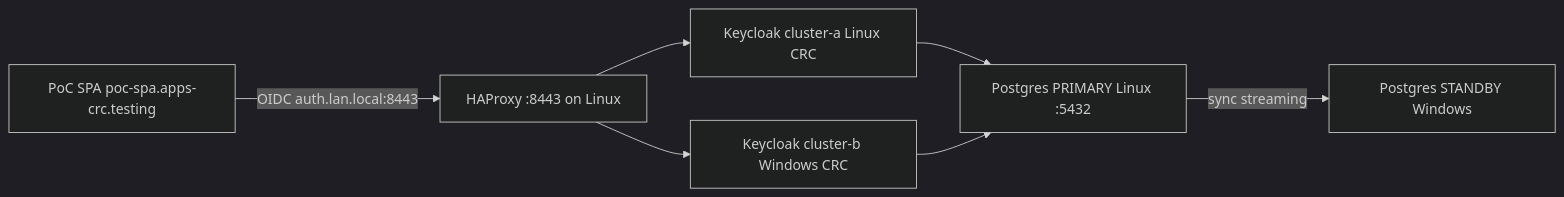
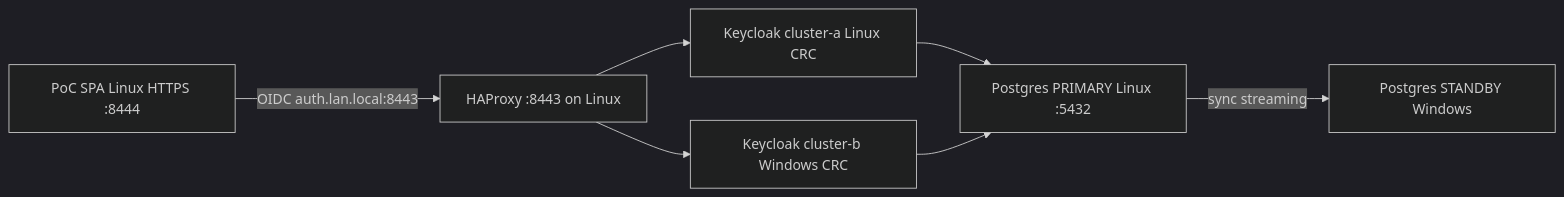
One commit to Jerczey/rhbk-multi-cluster-v2 changed the diagram in README.md. Above: the diagram before and after it, drawn with Mermaid (dark theme). The commit also changed other lines of this file and 4 other files, not shown here.

First line of the commit message:
docs: document Linux HTTPS SPA and drop failed CRC Route path

````diff
--- a/README.md
+++ b/README.md
@@ -36,9 +36,9 @@
 ```mermaid
 flowchart LR
-  SPA[PoC SPA poc-spa.apps-crc.testing] -->|"OIDC auth.lan.local:8443"| LB[HAProxy :8443 on Linux]
+  SPA[PoC SPA Linux HTTPS :8444] -->|"OIDC auth.lan.local:8443"| LB[HAProxy :8443 on Linux]
   LB --> KCA[Keycloak cluster-a Linux CRC]
   LB --> KCB[Keycloak cluster-b Windows CRC]
   KCA --> PGA[Postgres PRIMARY Linux :5432]
   KCB --> PGA
   PGA -->|sync streaming| PGB[Postgres STANDBY Windows]
 ```
````
